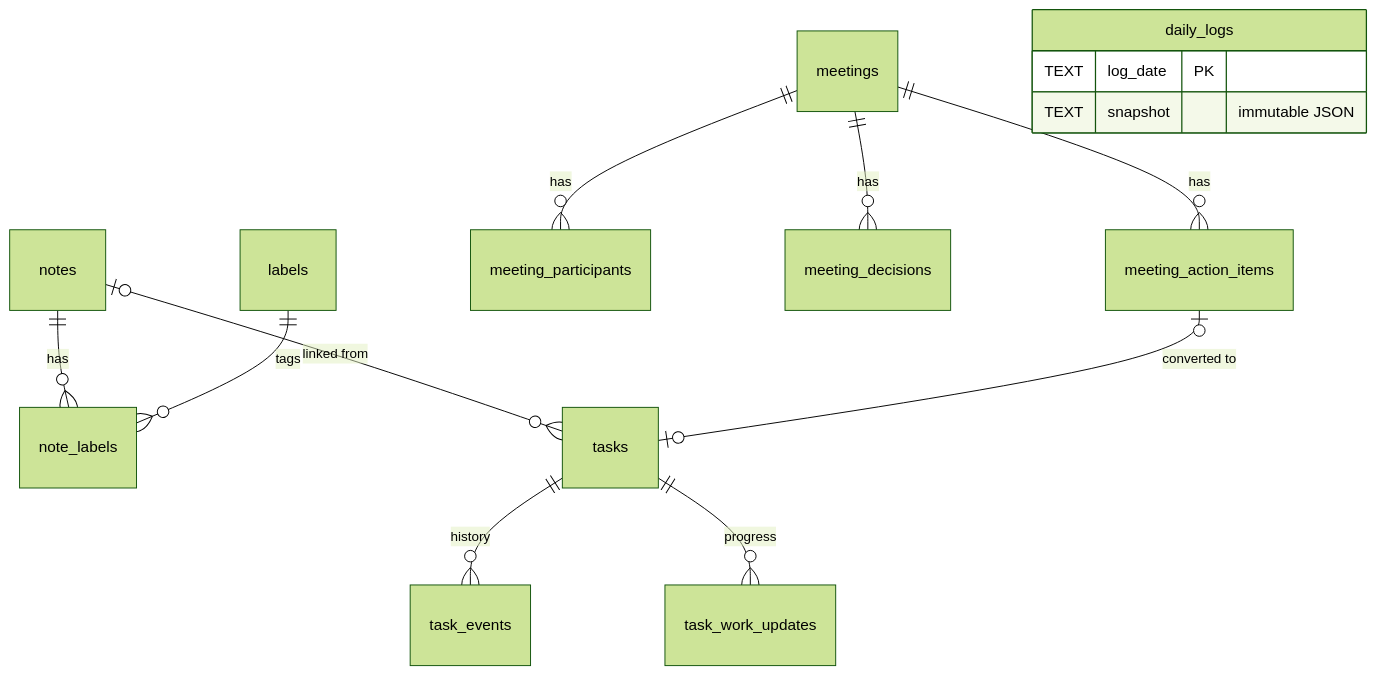
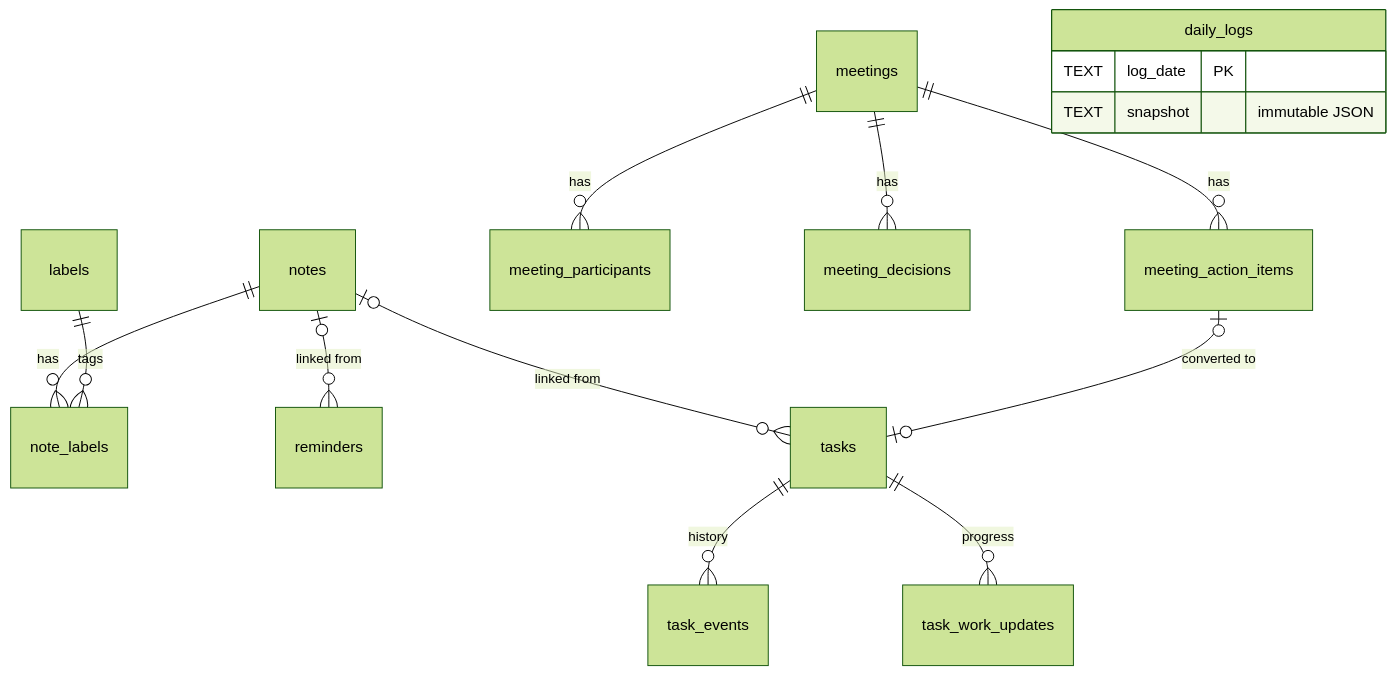
The diagram in desktop-pet-docs/docs/05-backend/backend-schema.md (yokshith09/DESKTOP-PET), drawn with Mermaid (forest theme) before and after one commit. The commit also changed other lines of this file and 22 other files, not shown here.

First line of the commit message:
Backend checkpoint: notes search, Bin (soft delete), reminders, ts-rs bindings (in progress)

````diff
--- a/desktop-pet-docs/docs/05-backend/backend-schema.md
+++ b/desktop-pet-docs/docs/05-backend/backend-schema.md
@@ -29,16 +29,17 @@
 ```mermaid
 erDiagram
     notes ||--o{ note_labels : has
+    notes |o--o{ reminders : "linked from"
     labels ||--o{ note_labels : tags
     notes |o--o{ tasks : "linked from"
     tasks ||--o{ task_events : history
     tasks ||--o{ task_work_updates : progress
     meetings ||--o{ meeting_participants : has
     meetings ||--o{ meeting_decisions : has
     meetings ||--o{ meeting_action_items : has
     meeting_action_items |o--o| tasks : "converted to"
     daily_logs {
         TEXT log_date PK
         TEXT snapshot "immutable JSON"
     }
 ```
````
